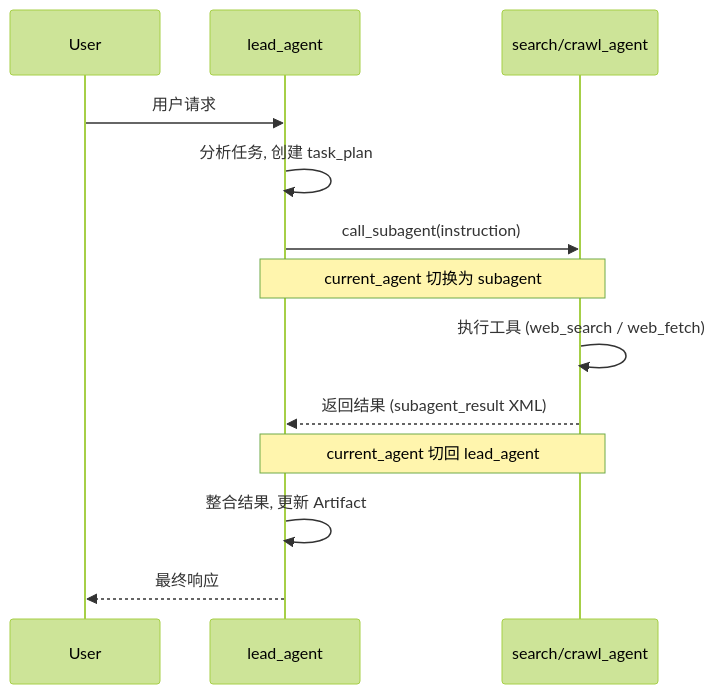
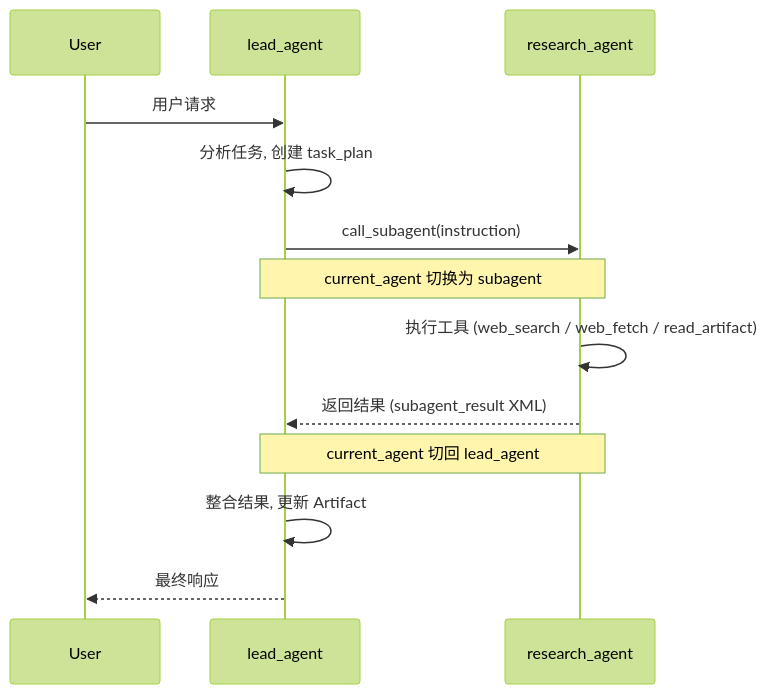
One commit to Neutrino1998/artifact-flow changed the diagram in docs/architecture/agents.md. Above: the diagram before and after it, drawn with Mermaid (forest theme). The commit also changed other lines of this file and 6 other files, not shown here.

````diff
--- a/docs/architecture/agents.md
+++ b/docs/architecture/agents.md
@@ -134,19 +132,19 @@
 ```mermaid
 sequenceDiagram
     participant User
     participant Lead as lead_agent
-    participant Sub as search/crawl_agent
+    participant Sub as research_agent
 
     User->>Lead: 用户请求
     Lead->>Lead: 分析任务, 创建 task_plan
 
     Lead->>Sub: call_subagent(instruction)
     Note over Lead,Sub: current_agent 切换为 subagent
 
-    Sub->>Sub: 执行工具 (web_search / web_fetch)
+    Sub->>Sub: 执行工具 (web_search / web_fetch / read_artifact)
     Sub-->>Lead: 返回结果 (subagent_result XML)
     Note over Lead,Sub: current_agent 切回 lead_agent
 
     Lead->>Lead: 整合结果, 更新 Artifact
     Lead-->>User: 最终响应
 ```
````
